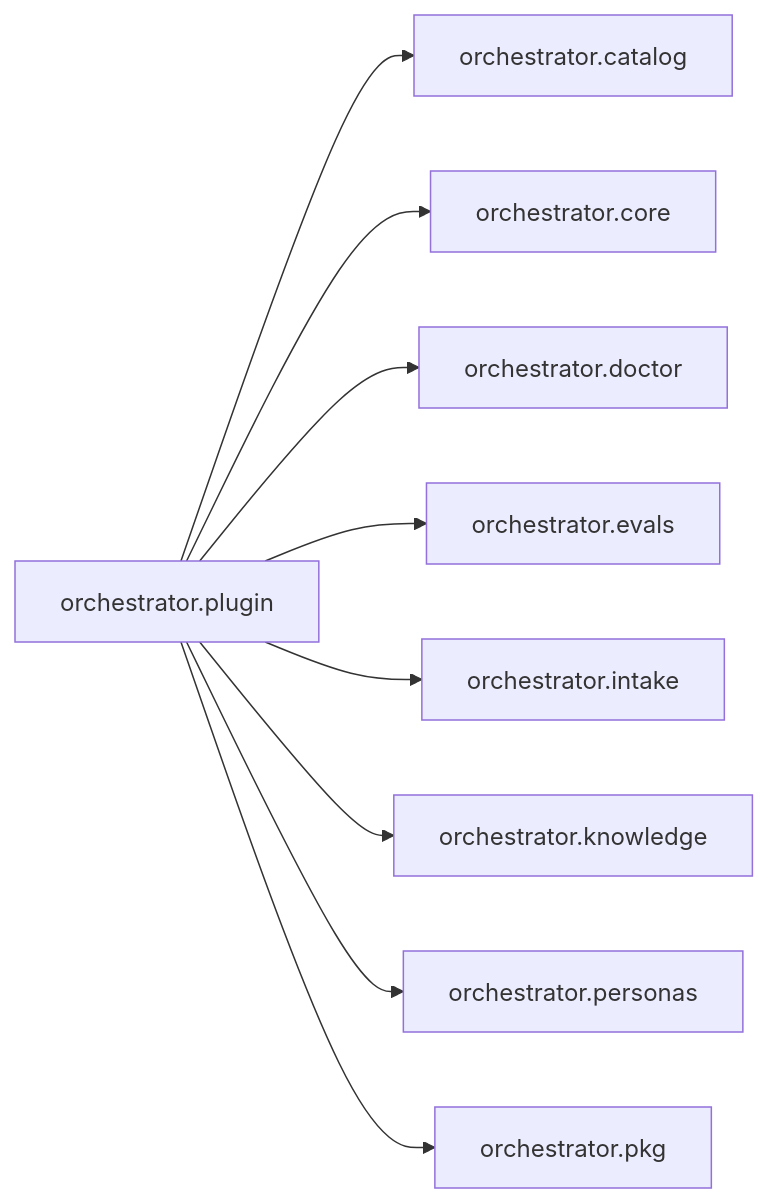
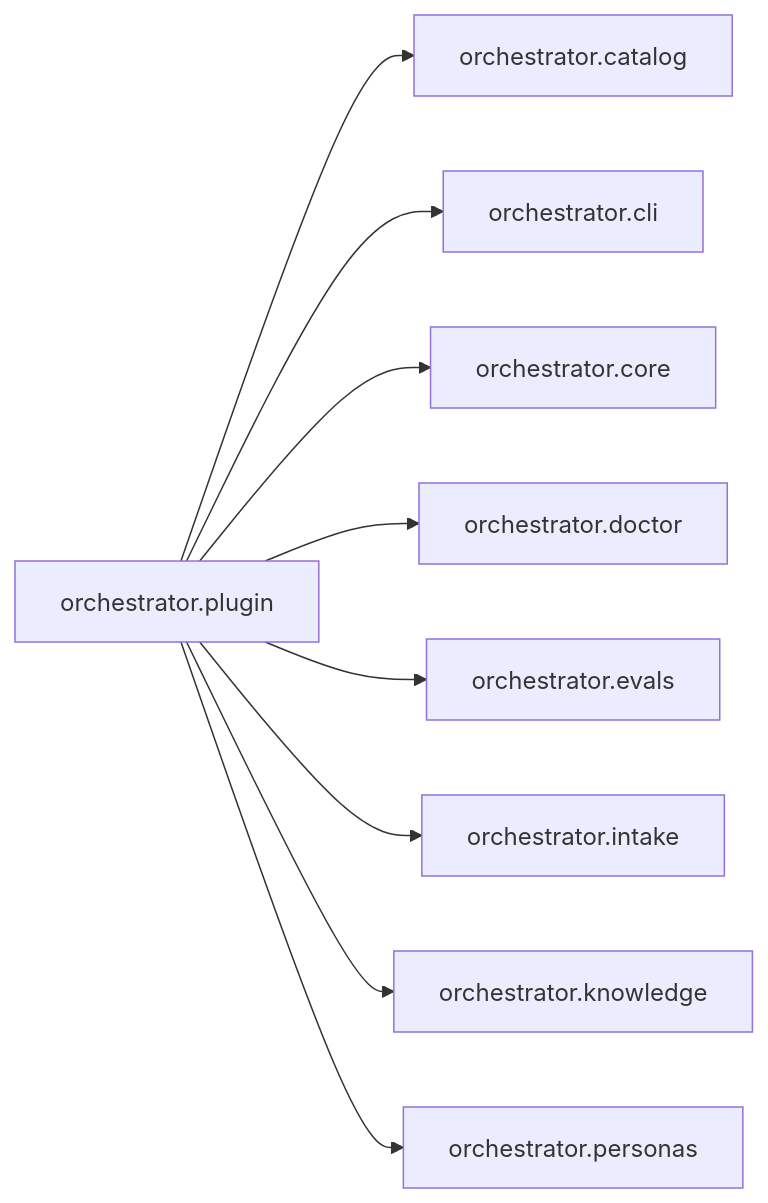
Before and after one commit to synaptixs/spine: the diagram in episteme/areas/orchestrator.plugin.md, drawn with Mermaid. The commit also changed other lines of this file and 27 other files, not shown here.

````diff
--- a/episteme/areas/orchestrator.plugin.md
+++ b/episteme/areas/orchestrator.plugin.md
@@ -8,20 +8,20 @@
 ```mermaid
 flowchart LR
   n0["orchestrator.plugin"]
   n1["orchestrator.catalog"]
-  n2["orchestrator.core"]
-  n3["orchestrator.doctor"]
-  n4["orchestrator.evals"]
-  n5["orchestrator.intake"]
-  n6["orchestrator.knowledge"]
-  n7["orchestrator.personas"]
-  n8["orchestrator.pkg"]
+  n2["orchestrator.cli"]
+  n3["orchestrator.core"]
+  n4["orchestrator.doctor"]
+  n5["orchestrator.evals"]
+  n6["orchestrator.intake"]
+  n7["orchestrator.knowledge"]
+  n8["orchestrator.personas"]
   n0 --> n1
   n0 --> n2
   n0 --> n3
   n0 --> n4
   n0 --> n5
   n0 --> n6
   n0 --> n7
   n0 --> n8
 ```
````
